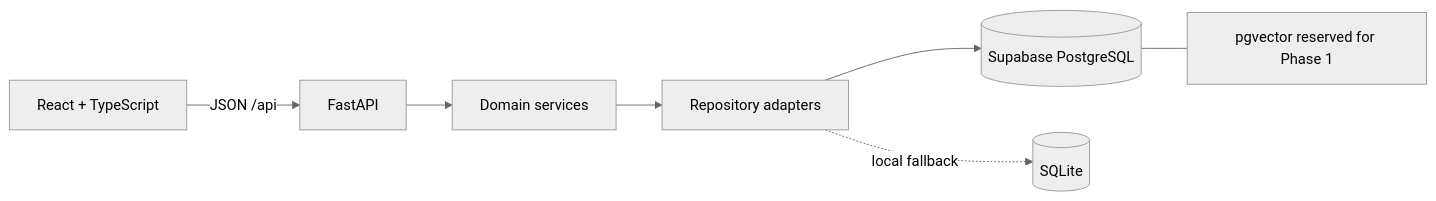
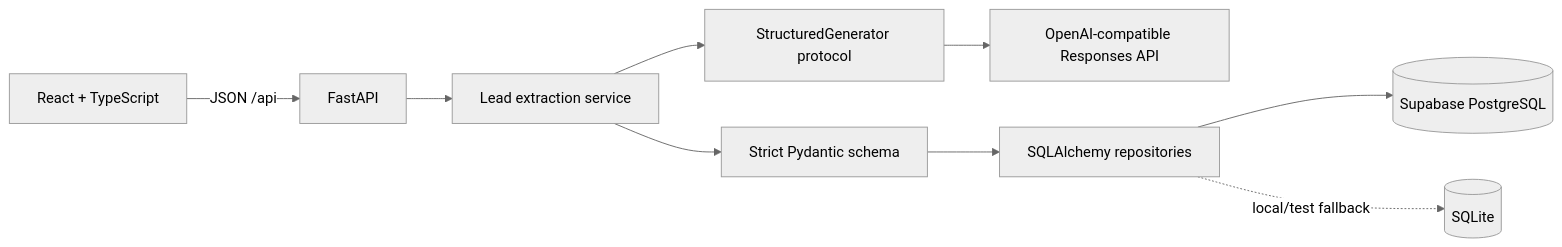
The diagram in README.md (Trees022/arriendate-intelligence), drawn with Mermaid (neutral theme) before and after one commit. The commit also changed other lines of this file and 51 other files, not shown here.

````diff
--- a/README.md
+++ b/README.md
@@ -24,9 +21,11 @@
 ```mermaid
 flowchart LR
     Browser[React + TypeScript] -->|JSON /api| API[FastAPI]
-    API --> Services[Domain services]
-    Services --> Repositories[Repository adapters]
-    Repositories --> DB[(Supabase PostgreSQL)]
-    Repositories -. local fallback .-> SQLite[(SQLite)]
-    DB --- Vector[pgvector reserved for Phase 1]
+    API --> Extraction[Lead extraction service]
+    Extraction --> Provider[StructuredGenerator protocol]
+    Provider --> Responses[OpenAI-compatible Responses API]
+    Extraction --> Validation[Strict Pydantic schema]
+    Validation --> Repository[SQLAlchemy repositories]
+    Repository --> DB[(Supabase PostgreSQL)]
+    Repository -. local/test fallback .-> SQLite[(SQLite)]
 ```
````
